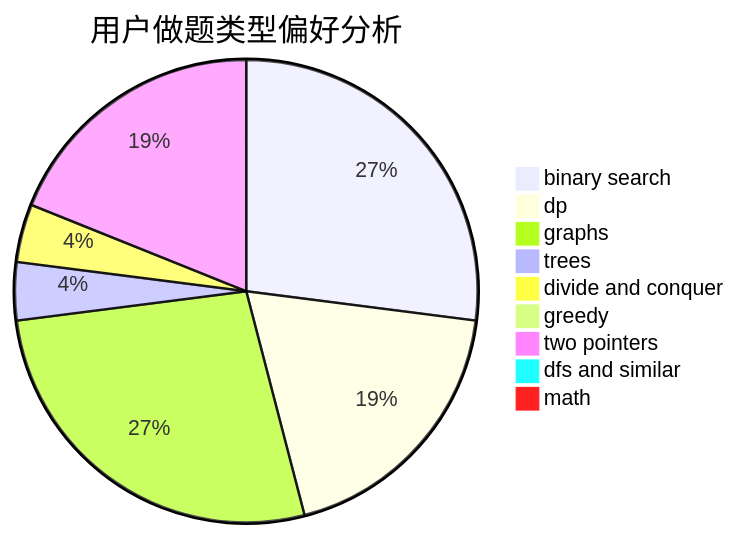
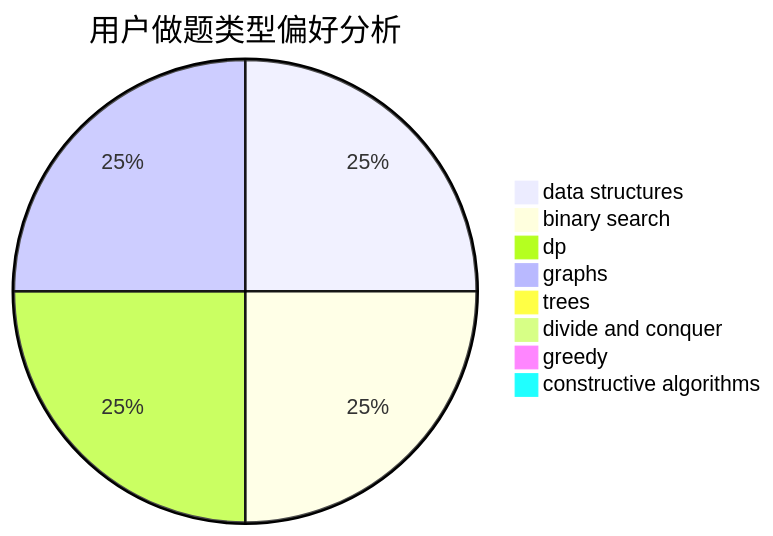
The second of 3 diagrams in docs/user/u2.md (sherpahu/cfrs.github.io), drawn with Mermaid before and after one commit. The commit also changed other lines of this file and 2775 other files, not shown here.

````diff
--- a/docs/user/u2.md
+++ b/docs/user/u2.md
@@ -23,12 +23,11 @@
 ```mermaid
 pie title 用户做题类型偏好分析
-    "binary search" :  20
+    "data structures" :  14
+    "binary search" :  14
     "dp" :  14
-    "graphs" :  20
-    "trees" :  3
-    "divide and conquer" :  3
+    "graphs" :  14
+    "trees" :  0
+    "divide and conquer" :  0
     "greedy" :  0
-    "two pointers" :  14
-    "dfs and similar" :  0
-    "math" :  0
+    "constructive algorithms" :  0
 ```
````
